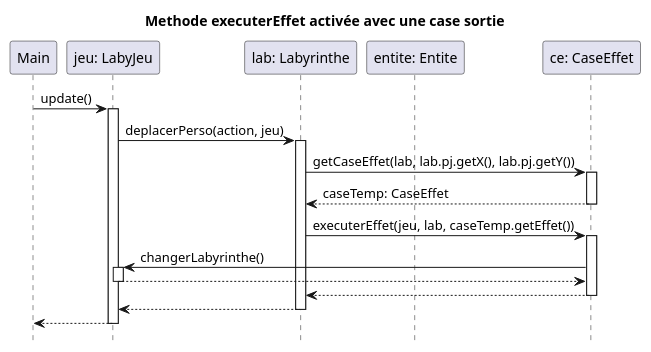
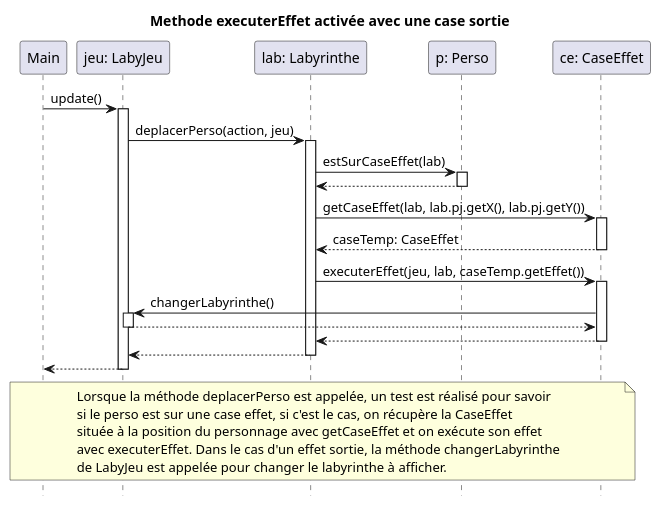
Before and after one commit to Erwanquilliou/2024_Zeldiablo_quilliou2u_leveque58u: the diagram in zeldiablo/documents/version_3/diagseq_executerEffet.puml, drawn with PlantUML.

Commit message:
ajout annotation dans diagseq_executerEffet

```diff
--- a/zeldiablo/documents/version_3/diagseq_executerEffet.puml
+++ b/zeldiablo/documents/version_3/diagseq_executerEffet.puml
@@ -1,35 +1,44 @@
 @startuml
 hide footbox
 
 title Methode executerEffet activée avec une case sortie
 
 participant "Main" as m
 participant "jeu: LabyJeu" as j
 participant "lab: Labyrinthe" as l
-participant "entite: Entite" as e
+participant "p: Perso" as p
 participant "ce: CaseEffet" as ce
 
 m -> j : update()
 activate j
     j -> l : deplacerPerso(action, jeu)
     activate l
+        l -> p : estSurCaseEffet(lab)
+        activate p
+        p --> l
+        deactivate p
         l -> ce : getCaseEffet(lab, lab.pj.getX(), lab.pj.getY())
         activate ce
             ce --> l : caseTemp: CaseEffet
             deactivate ce
             l -> ce : executerEffet(jeu, lab, caseTemp.getEffet())
             activate ce
                 ce -> j : changerLabyrinthe()
                 activate j
                     j --> ce
                 deactivate j
                 ce --> l
             deactivate ce
             l --> j
     deactivate l
     j --> m
 deactivate j
 
 note across
+Lorsque la méthode deplacerPerso est appelée, un test est réalisé pour savoir
+si le perso est sur une case effet, si c'est le cas, on récupère la CaseEffet
+située à la position du personnage avec getCaseEffet et on exécute son effet
+avec executerEffet. Dans le cas d'un effet sortie, la méthode changerLabyrinthe
+de LabyJeu est appelée pour changer le labyrinthe à afficher.
 end note
 @enduml
```
